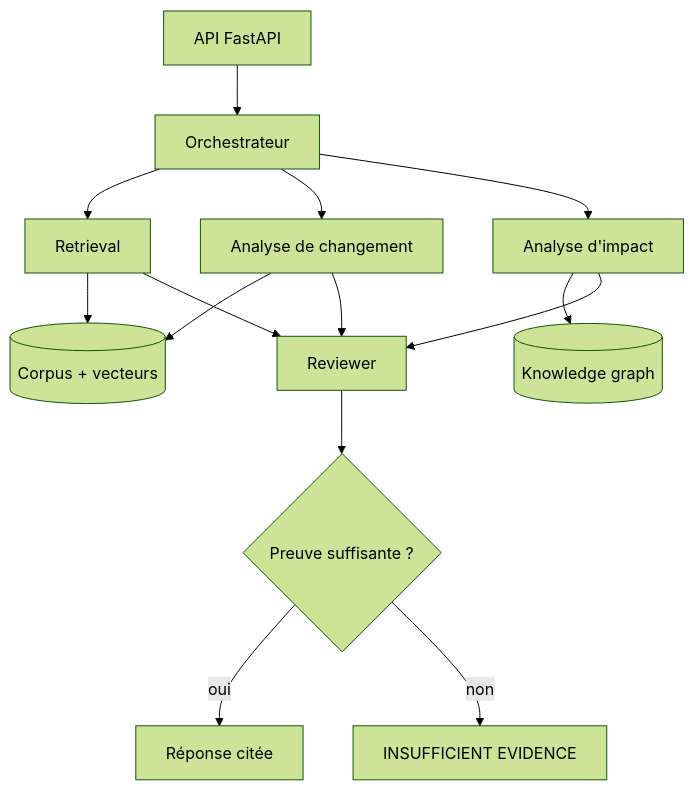
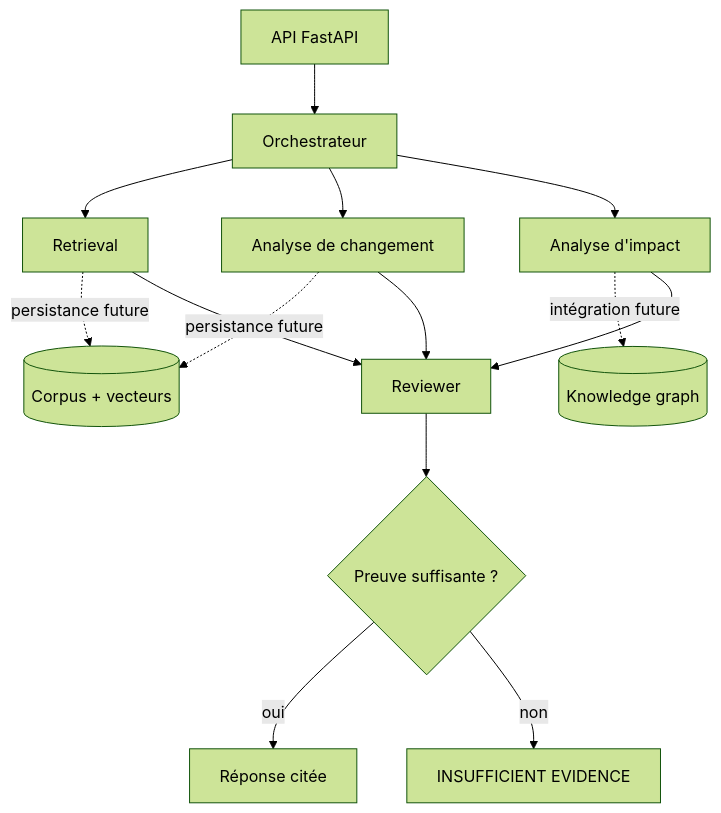
One commit to RaaaayN/bnp-regulation changed the second of 3 diagrams in docs/architecture.md. Above: the diagram before and after it, drawn with Mermaid (forest theme). The commit also changed other lines of this file and 2 other files, not shown here.

````diff
--- a/docs/architecture.md
+++ b/docs/architecture.md
@@ -38,16 +40,16 @@
 ```mermaid
 flowchart TB
     HTTP[API FastAPI] --> Orchestrator[Orchestrateur]
     Orchestrator --> Retrieval[Retrieval]
     Orchestrator --> Change[Analyse de changement]
     Orchestrator --> Impact[Analyse d'impact]
-    Retrieval --> PG[(Corpus + vecteurs)]
-    Change --> PG
-    Impact --> KG[(Knowledge graph)]
+    Retrieval -. persistance future .-> PG[(Corpus + vecteurs)]
+    Change -. persistance future .-> PG
+    Impact -. intégration future .-> KG[(Knowledge graph)]
     Retrieval --> Reviewer[Reviewer]
     Change --> Reviewer
     Impact --> Reviewer
     Reviewer --> Guard{Preuve suffisante ?}
     Guard -->|oui| Answer[Réponse citée]
     Guard -->|non| Refusal[INSUFFICIENT EVIDENCE]
 ```
````
